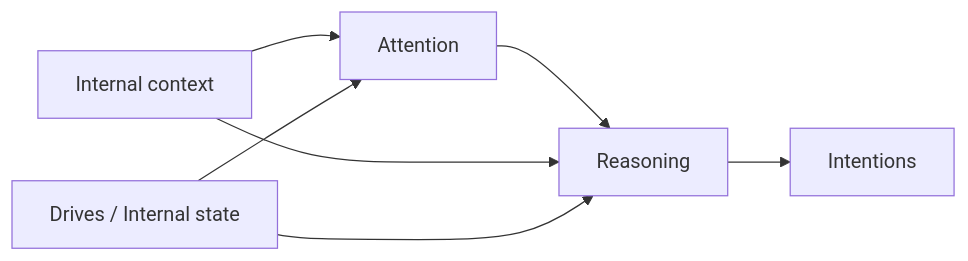
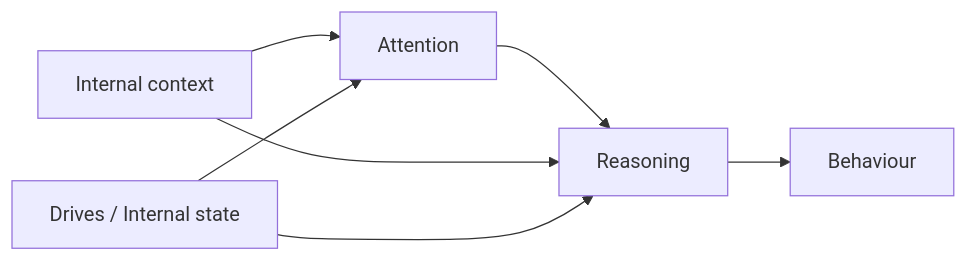
Before and after one commit to skasti/skyn-vaettr: the eighth of 13 diagrams in docs/architecture.md, drawn with Mermaid. The commit also changed other lines of this file, not shown here.

````diff
--- a/docs/architecture.md
+++ b/docs/architecture.md
@@ -382,15 +382,15 @@
 ```mermaid
 flowchart LR
     C[Internal context]
     D[Drives / Internal state]
     ATT[Attention]
     R[Reasoning]
-    I[Intentions]
+    B[Behaviour]
 
     C --> ATT
     D --> ATT
     ATT --> R
     C --> R
     D --> R
-    R --> I
+    R --> B
 ```
````
